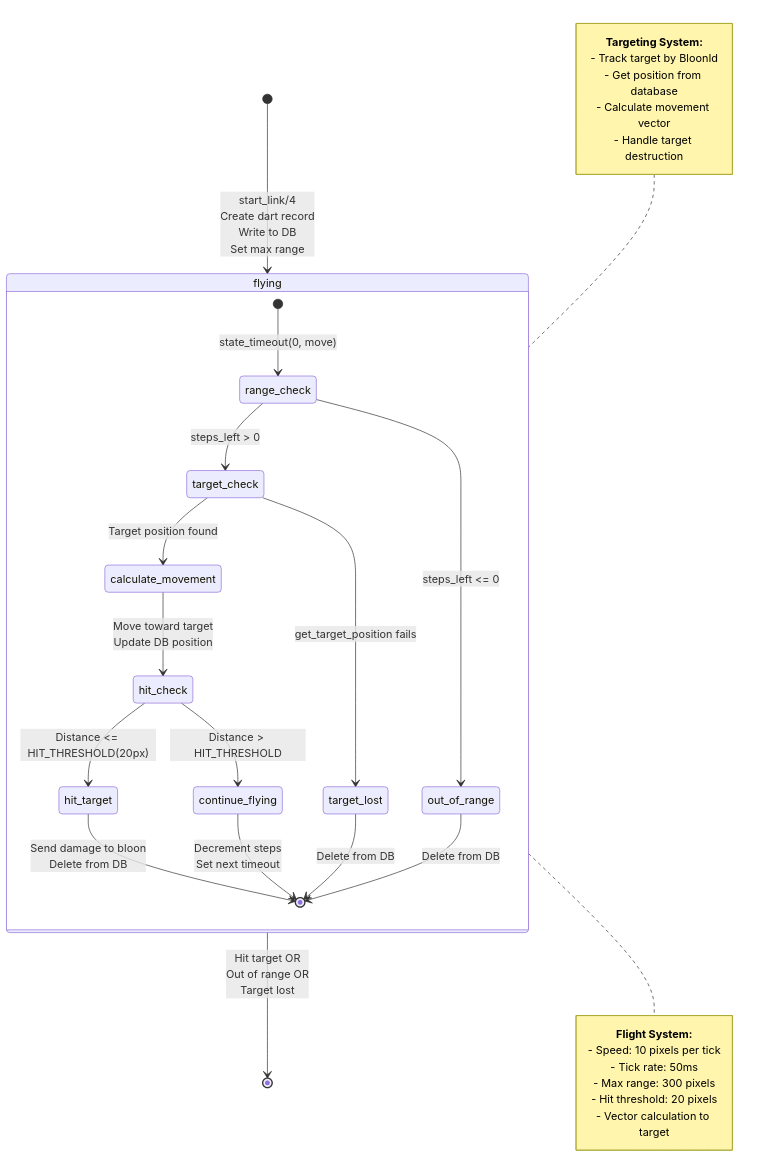
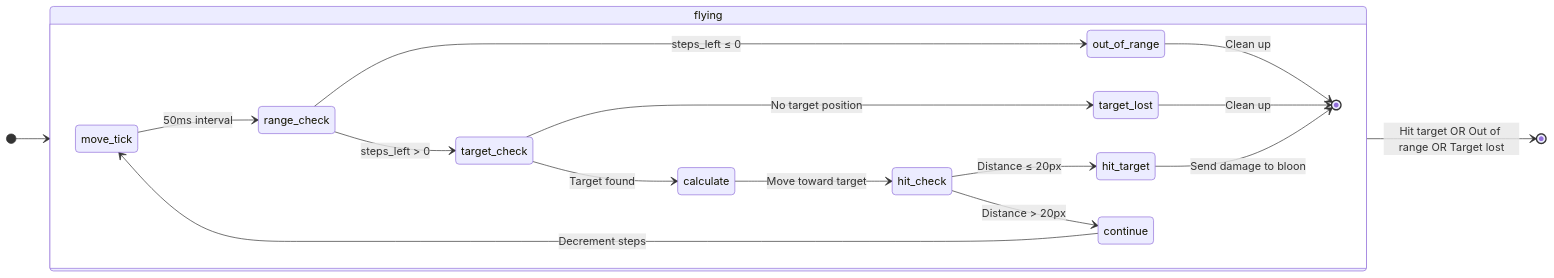
The third of 8 diagrams in FSM_Architecture_Diagrams.md (DoctorB-CA/BTD-Erlang-), drawn with Mermaid before and after one commit. The commit also changed other lines of this file, not shown here.

Commit message:
return + diagram

````diff
--- a/FSM_Architecture_Diagrams.md
+++ b/FSM_Architecture_Diagrams.md
@@ -174,41 +73,22 @@
 ```mermaid
 stateDiagram-v2
-    [*] --> flying : start_link/4<br/>Create dart record<br/>Write to DB<br/>Set max range
+    direction LR
+    [*] --> flying
+    flying --> [*] : Hit target OR Out of range OR Target lost
     
     state flying {
-        [*] --> range_check : state_timeout(0, move)
-        range_check --> out_of_range : steps_left <= 0
+        direction LR
+        move_tick --> range_check : 50ms interval
+        range_check --> out_of_range : steps_left ≤ 0
         range_check --> target_check : steps_left > 0
-        
-        target_check --> target_lost : get_target_position fails
-        target_check --> calculate_movement : Target position found
-        
-        calculate_movement --> hit_check : Move toward target<br/>Update DB position
-        hit_check --> hit_target : Distance <= HIT_THRESHOLD(20px)
-        hit_check --> continue_flying : Distance > HIT_THRESHOLD
-        
-        hit_target --> [*] : Send damage to bloon<br/>Delete from DB
-        continue_flying --> [*] : Decrement steps<br/>Set next timeout
-        target_lost --> [*] : Delete from DB
-        out_of_range --> [*] : Delete from DB
+        target_check --> target_lost : No target position
+        target_check --> calculate : Target found
+        calculate --> hit_check : Move toward target
+        hit_check --> hit_target : Distance ≤ 20px
+        hit_check --> continue : Distance > 20px
+        hit_target --> [*] : Send damage to bloon
+        continue --> move_tick : Decrement steps
+        target_lost --> [*] : Clean up
+        out_of_range --> [*] : Clean up
     }
-    
-    flying --> [*] : Hit target OR<br/>Out of range OR<br/>Target lost
-    
-    note right of flying
-        **Flight System:**
-        - Speed: 10 pixels per tick
-        - Tick rate: 50ms
-        - Max range: 300 pixels
-        - Hit threshold: 20 pixels
-        - Vector calculation to target
-    end note
-    
-    note left of flying
-        **Targeting System:**
-        - Track target by BloonId
-        - Get position from database
-        - Calculate movement vector
-        - Handle target destruction
-    end note
 ```
````
